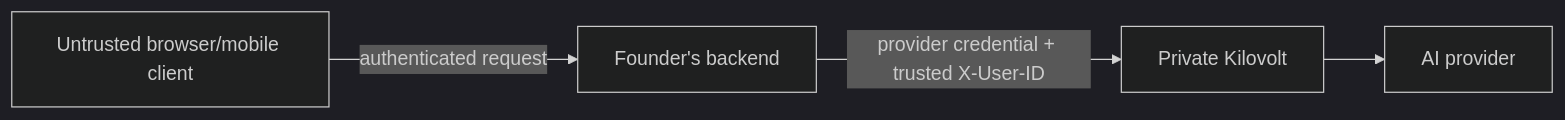
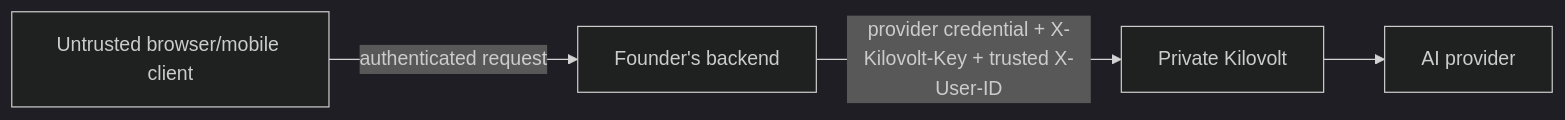
Before and after one commit to ytp101/kilovolt: the diagram in README.md, drawn with Mermaid (dark theme). The commit also changed other lines of this file and 29 other files, not shown here.

````diff
--- a/README.md
+++ b/README.md
@@ -92,6 +104,6 @@
 ```mermaid
 flowchart LR
     C["Untrusted browser/mobile client"] -->|"authenticated request"| B["Founder's backend"]
-    B -->|"provider credential + trusted X-User-ID"| K["Private Kilovolt"]
+    B -->|"provider credential + X-Kilovolt-Key + trusted X-User-ID"| K["Private Kilovolt"]
     K --> P["AI provider"]
 ```
````
